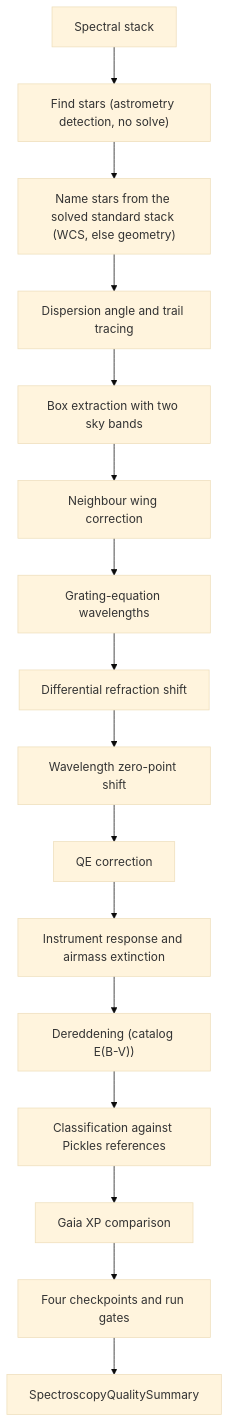
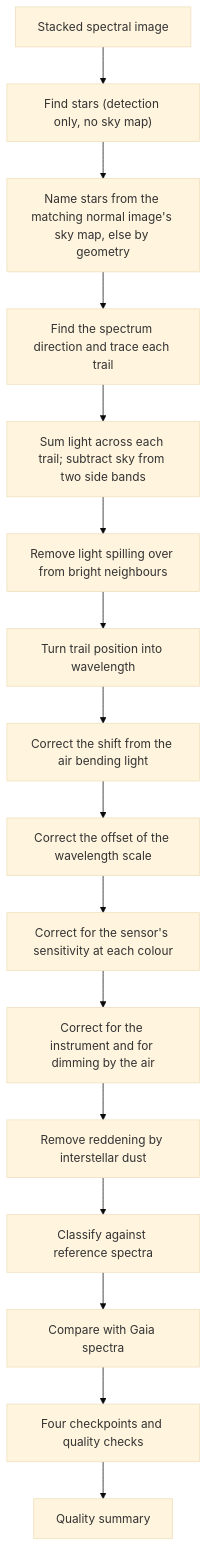
One commit to m1chae2/astrometrics changed the diagram in documentation/library_design/pipelines/spectroscopy.md. Above: the diagram before and after it, drawn with Mermaid (base theme). The commit also changed other lines of this file and 37 other files, not shown here.

````diff
--- a/documentation/library_design/pipelines/spectroscopy.md
+++ b/documentation/library_design/pipelines/spectroscopy.md
@@ -21,18 +45,18 @@
 ```mermaid
 flowchart TD
-    A["Spectral stack"] --> B["Find stars (astrometry detection, no solve)"]
-    B --> C["Name stars from the solved standard stack (WCS, else geometry)"]
-    C --> D["Dispersion angle and trail tracing"]
-    D --> E["Box extraction with two sky bands"]
-    E --> F["Neighbour wing correction"]
-    F --> G["Grating-equation wavelengths"]
-    G --> H["Differential refraction shift"]
-    H --> I["Wavelength zero-point shift"]
-    I --> J["QE correction"]
-    J --> K["Instrument response and airmass extinction"]
-    K --> L["Dereddening (catalog E(B-V))"]
-    L --> M["Classification against Pickles references"]
-    M --> N["Gaia XP comparison"]
-    N --> O["Four checkpoints and run gates"]
-    O --> P["SpectroscopyQualitySummary"]
+    A["Stacked spectral image"] --> B["Find stars (detection only, no sky map)"]
+    B --> C["Name stars from the matching normal image's sky map, else by geometry"]
+    C --> D["Find the spectrum direction and trace each trail"]
+    D --> E["Sum light across each trail; subtract sky from two side bands"]
+    E --> F["Remove light spilling over from bright neighbours"]
+    F --> G["Turn trail position into wavelength"]
+    G --> H["Correct the shift from the air bending light"]
+    H --> I["Correct the offset of the wavelength scale"]
+    I --> J["Correct for the sensor's sensitivity at each colour"]
+    J --> K["Correct for the instrument and for dimming by the air"]
+    K --> L["Remove reddening by interstellar dust"]
+    L --> M["Classify against reference spectra"]
+    M --> N["Compare with Gaia spectra"]
+    N --> O["Four checkpoints and quality checks"]
+    O --> P["Quality summary"]
 ```
````
